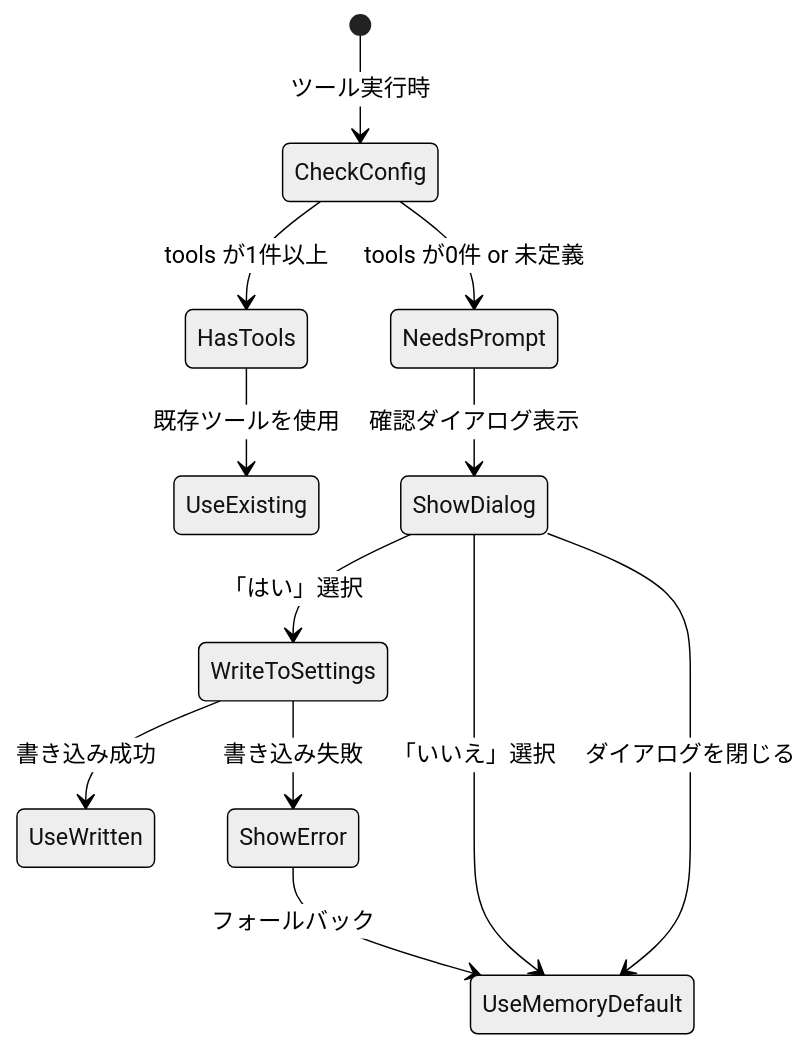
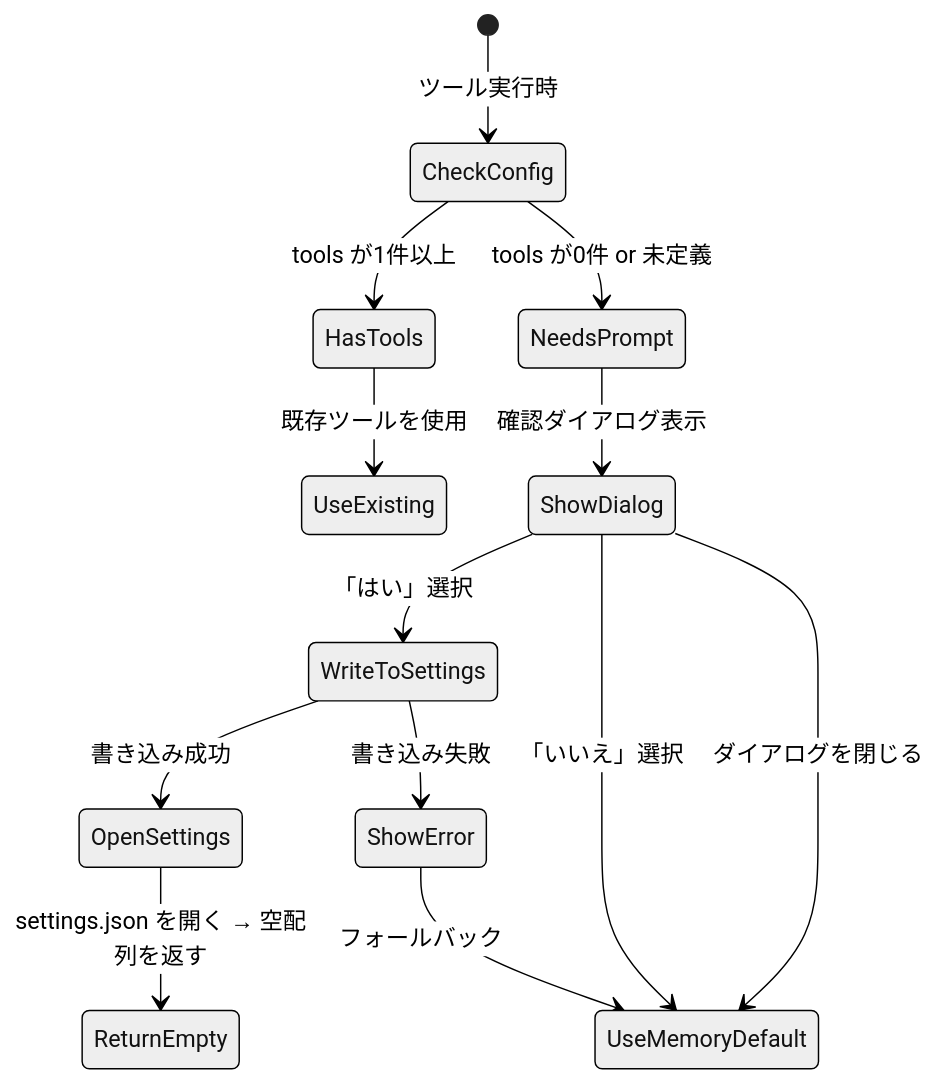
Before and after one commit to zbdk/ClickExec: the second of 2 diagrams in .kiro/specs/features/default-tool-persistence/design.md, drawn with Mermaid (neutral theme). The commit also changed other lines of this file and 10 other files, not shown here.

````diff
--- a/.kiro/specs/features/default-tool-persistence/design.md
+++ b/.kiro/specs/features/default-tool-persistence/design.md
@@ -165,17 +189,18 @@
 ```mermaid
 stateDiagram-v2
     [*] --> CheckConfig: ツール実行時
     CheckConfig --> HasTools: tools が1件以上
     CheckConfig --> NeedsPrompt: tools が0件 or 未定義
 
     HasTools --> UseExisting: 既存ツールを使用
     NeedsPrompt --> ShowDialog: 確認ダイアログ表示
 
     ShowDialog --> WriteToSettings: 「はい」選択
     ShowDialog --> UseMemoryDefault: 「いいえ」選択
     ShowDialog --> UseMemoryDefault: ダイアログを閉じる
 
-    WriteToSettings --> UseWritten: 書き込み成功
+    WriteToSettings --> OpenSettings: 書き込み成功
+    OpenSettings --> ReturnEmpty: settings.json を開く → 空配列を返す
     WriteToSettings --> ShowError: 書き込み失敗
     ShowError --> UseMemoryDefault: フォールバック
 ```
````
